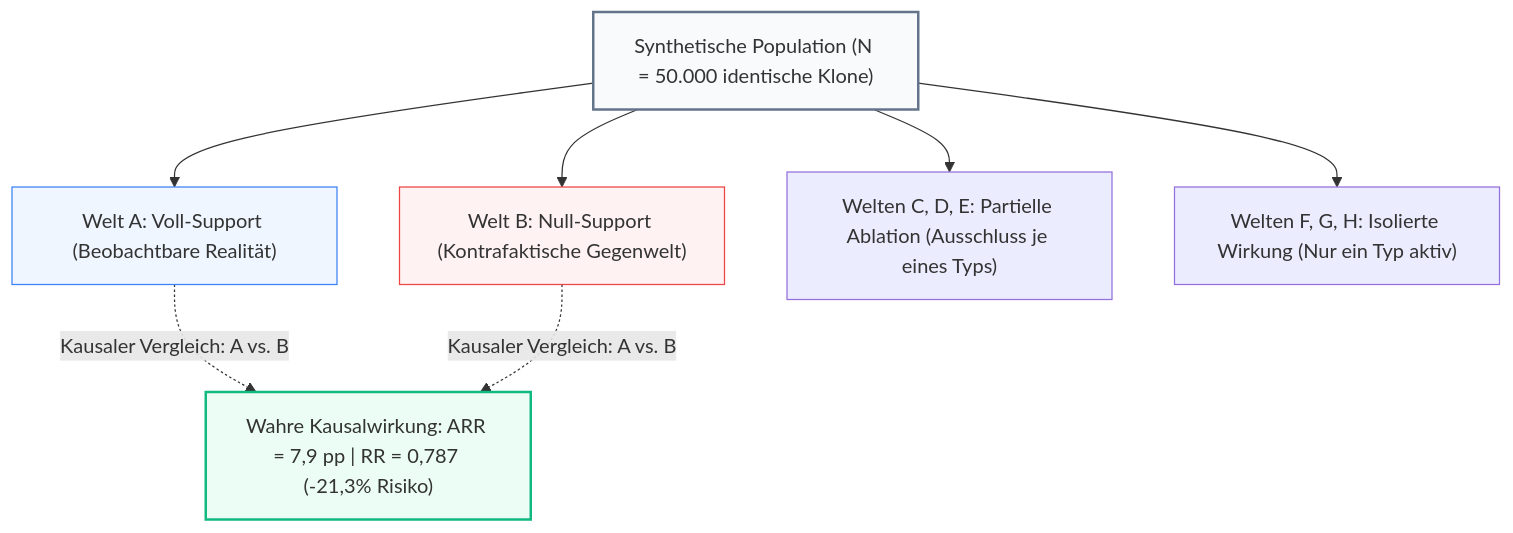
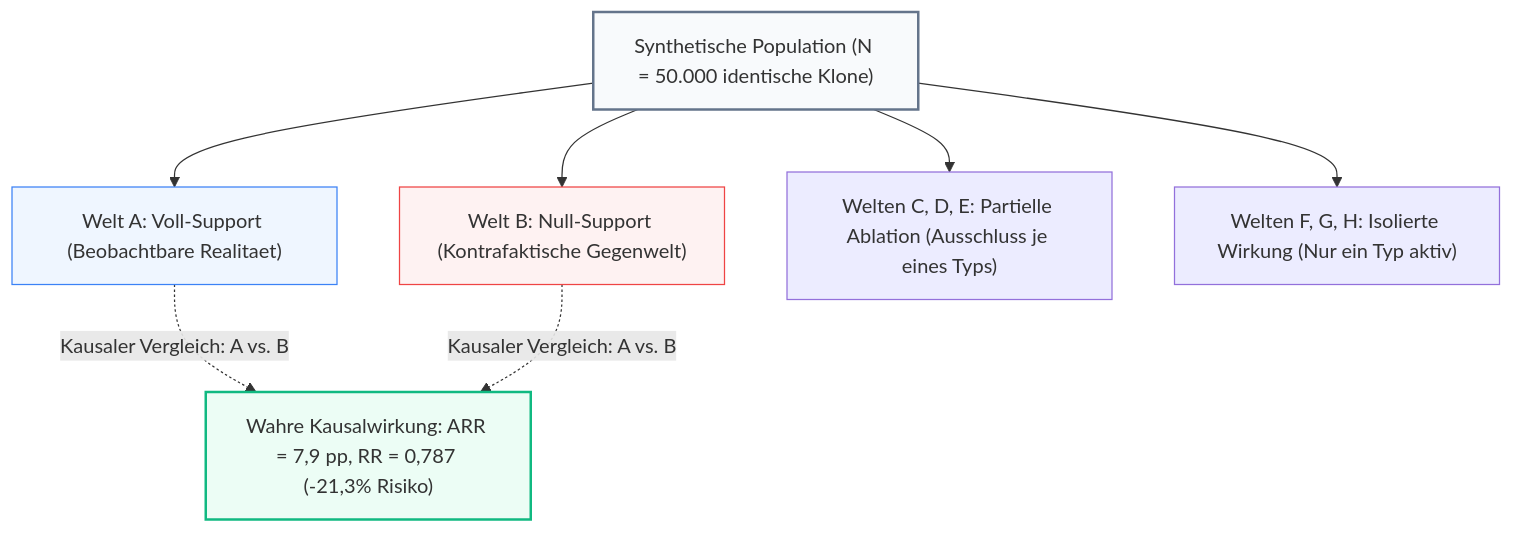
Before and after one commit to mAInbrAIn-wk/DeepHSSurvial: the second of 3 diagrams in README.md, drawn with Mermaid. The commit also changed other lines of this file, not shown here.

Commit message:
fix(readme): fix mermaid syntax parser errors and remove emojis for clean academic styling

````diff
--- a/README.md
+++ b/README.md
@@ -77,15 +77,15 @@
 ```mermaid
 graph TD
-    Pop["Synthetische Population (N = 50.000 identische Klone)"] --> UniA["Welt A: Voll-Support (Beobachtbare Realität)"]
+    Pop["Synthetische Population (N = 50.000 identische Klone)"] --> UniA["Welt A: Voll-Support (Beobachtbare Realitaet)"]
     Pop --> UniB["Welt B: Null-Support (Kontrafaktische Gegenwelt)"]
     Pop --> UniCDE["Welten C, D, E: Partielle Ablation (Ausschluss je eines Typs)"]
     Pop --> UniFGH["Welten F, G, H: Isolierte Wirkung (Nur ein Typ aktiv)"]
 
-    UniA -.->|Kausaler Vergleich: A vs. B| GT["Wahre Kausalwirkung: ARR = 7,9 pp | RR = 0,787 (-21,3% Risiko)"]
-    UniB -.->|Kausaler Vergleich: A vs. B| GT
+    UniA -.->|"Kausaler Vergleich: A vs. B"| GT["Wahre Kausalwirkung: ARR = 7,9 pp, RR = 0,787 (-21,3% Risiko)"]
+    UniB -.->|"Kausaler Vergleich: A vs. B"| GT
 
     style Pop fill:#f8fafc,stroke:#64748b,stroke-width:2px
     style UniA fill:#eff6ff,stroke:#3b82f6,stroke-width:1px
     style UniB fill:#fef2f2,stroke:#ef4444,stroke-width:1px
     style GT fill:#ecfdf5,stroke:#10b981,stroke-width:2px
 ```
````
